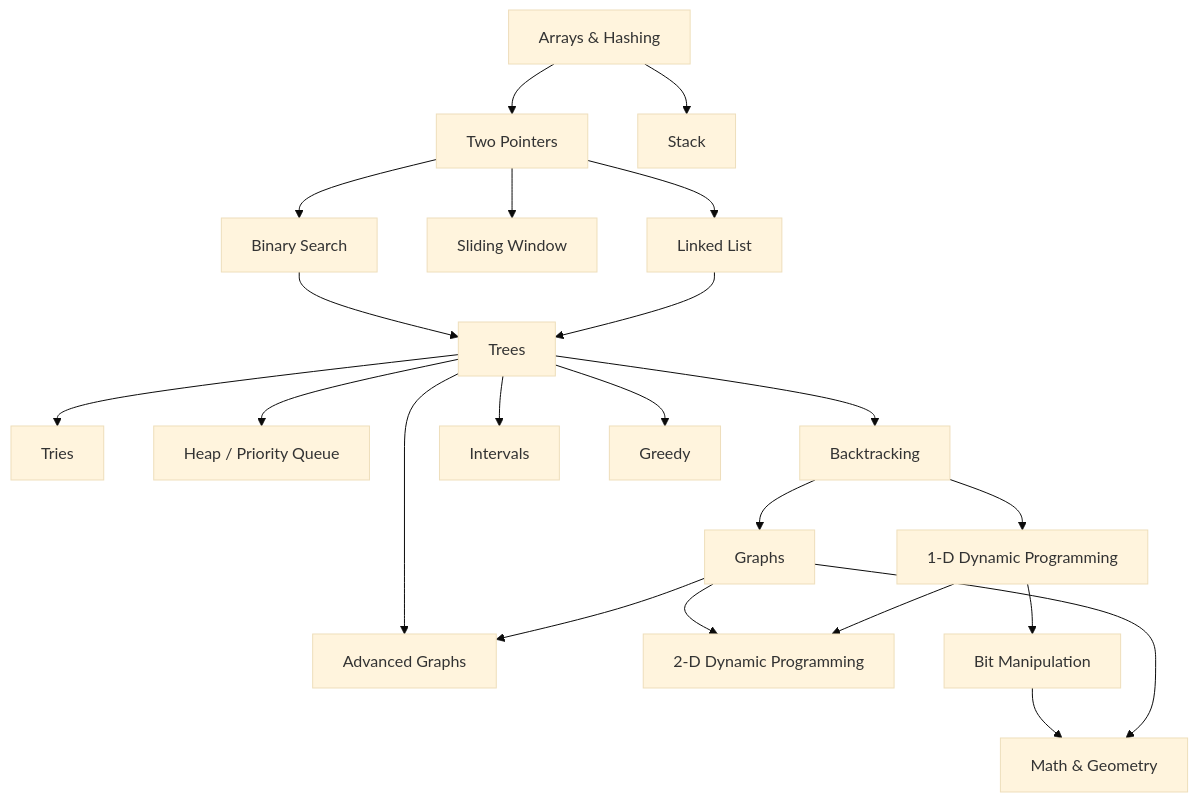
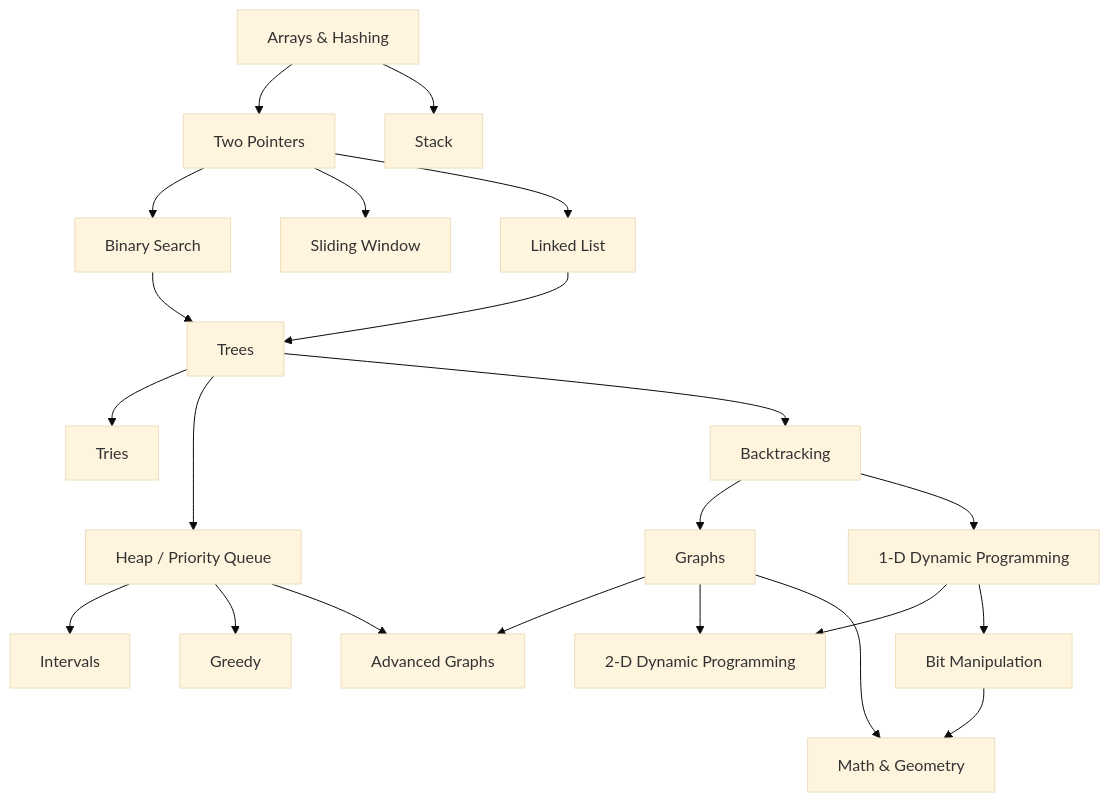
One commit to Arbelaezch/interview-prep changed the diagram in README.md. Above: the diagram before and after it, drawn with Mermaid (base theme).

Commit message:
Updated roadmap mermaid diagram

````diff
--- a/README.md
+++ b/README.md
@@ -61,32 +61,32 @@
 ```mermaid
 graph TD
     A["Arrays & Hashing"] --> B["Two Pointers"]
     A --> D["Stack"]
     
     B --> E["Binary Search"]
     B --> C["Sliding Window"]
     B --> F["Linked List"]
     
     E --> G["Trees"]
     F --> G
 
     G --> H["Tries"]
     G --> I["Heap / Priority Queue"]
     G --> J["Backtracking"]
     
     J --> K["Graphs"]
     J --> L["1-D Dynamic Programming"]
 
-    G --> M["Intervals"]
-    G --> N["Greedy"]
-    G --> O["Advanced Graphs"]
+    I --> M["Intervals"]
+    I --> N["Greedy"]
+    I --> O["Advanced Graphs"]
 
     K --> O
     K --> P["2-D Dynamic Programming"]
 
     L --> P
     L --> Q["Bit Manipulation"]
 
     Q --> R["Math & Geometry"]
     K --> R
 ```
````
